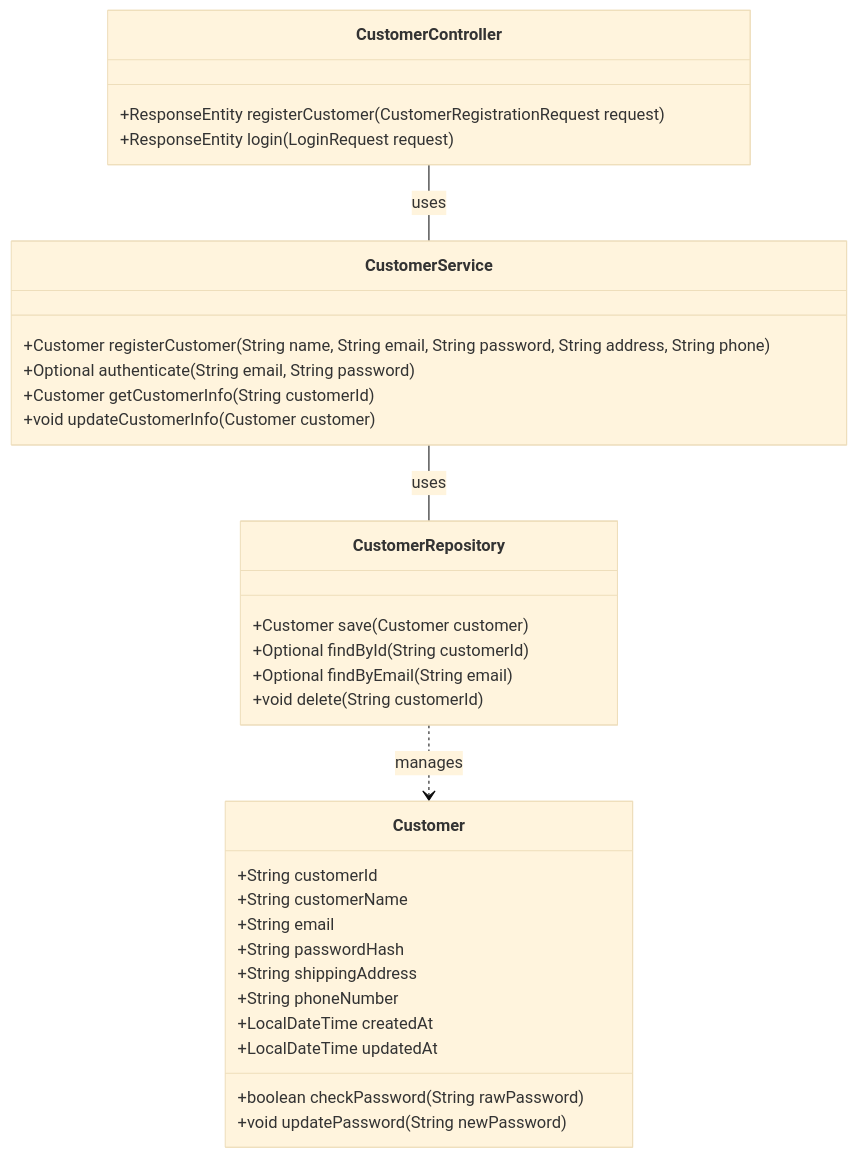
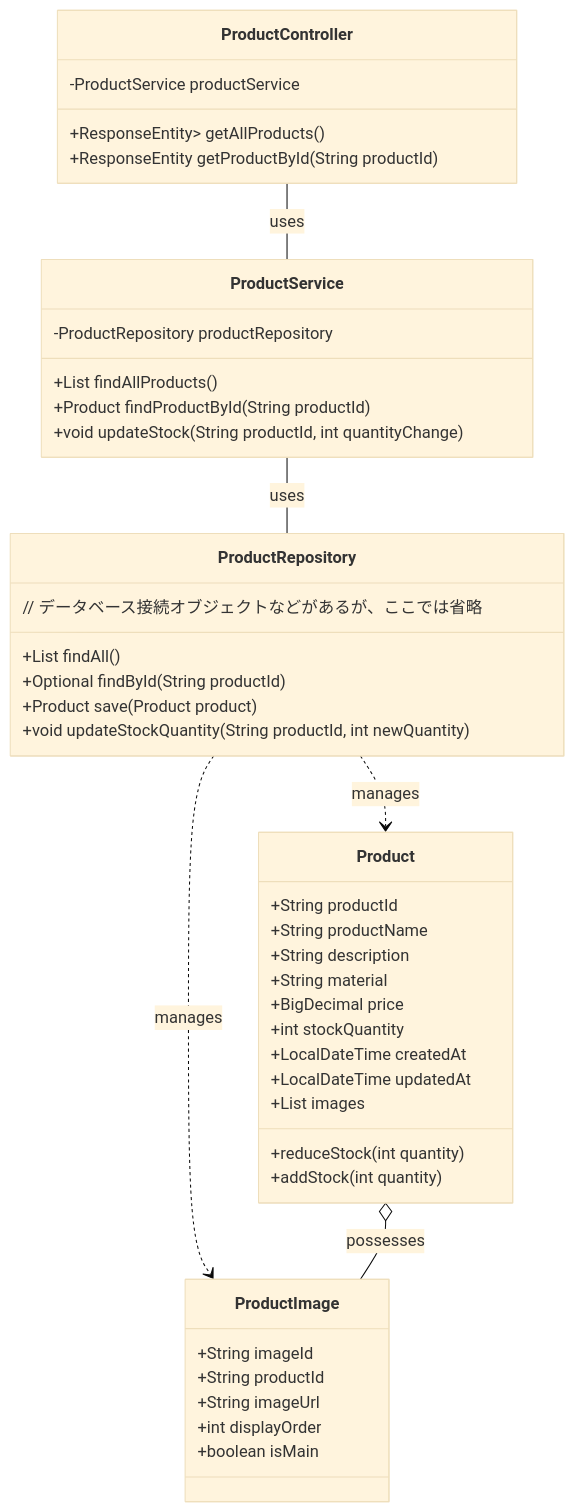
One commit to ainaga09/ACE changed the first of 4 diagrams in 基本設計/はじめに.md. Above: the diagram before and after it, drawn with Mermaid (base theme). The commit also changed other lines of this file, not shown here.

Commit message:
依存フィールド追加

```diff
--- a/基本設計/はじめに.md
+++ b/基本設計/はじめに.md
@@ -35,35 +35,48 @@
 <div class="mermaid">
 classDiagram
-    CustomerController -- CustomerService : uses
-    CustomerService -- CustomerRepository : uses
-    CustomerRepository ..> Customer : manages
+    ProductController -- ProductService : uses
+    ProductService -- ProductRepository : uses
+    ProductRepository ..> Product : manages
+    ProductRepository ..> ProductImage : manages
 
-    class CustomerController {
-        +ResponseEntity<CustomerRegistrationResponse> registerCustomer(CustomerRegistrationRequest request)
-        +ResponseEntity<LoginResponse> login(LoginRequest request)
+    Product o-- ProductImage : possesses
+
+    class ProductController {
+        -ProductService productService
+        +ResponseEntity<List<Product>> getAllProducts()
+        +ResponseEntity<Product> getProductById(String productId)
     }
-    class CustomerService {
-        +Customer registerCustomer(String name, String email, String password, String address, String phone)
-        +Optional<Customer> authenticate(String email, String password)
-        +Customer getCustomerInfo(String customerId)
-        +void updateCustomerInfo(Customer customer)
+    class ProductService {
+        -ProductRepository productRepository
+        +List<Product> findAllProducts()
+        +Product findProductById(String productId)
+        +void updateStock(String productId, int quantityChange)
     }
-    class CustomerRepository {
-        +Customer save(Customer customer)
-        +Optional<Customer> findById(String customerId)
-        +Optional<Customer> findByEmail(String email)
-        +void delete(String customerId)
+    class ProductRepository {
+        // データベース接続オブジェクトなどがあるが、ここでは省略
+        +List<Product> findAll()
+        +Optional<Product> findById(String productId)
+        +Product save(Product product)
+        +void updateStockQuantity(String productId, int newQuantity)
     }
-    class Customer {
-        +String customerId
-        +String customerName
-        +String email
-        +String passwordHash
-        +String shippingAddress
-        +String phoneNumber
+    class Product {
+        +String productId
+        +String productName
+        +String description
+        +String material
+        +BigDecimal price
+        +int stockQuantity
         +LocalDateTime createdAt
         +LocalDateTime updatedAt
-        +boolean checkPassword(String rawPassword)
-        +void updatePassword(String newPassword)
+        +List<ProductImage> images
+        +reduceStock(int quantity)
+        +addStock(int quantity)
+    }
+    class ProductImage {
+        +String imageId
+        +String productId
+        +String imageUrl
+        +int displayOrder
+        +boolean isMain
     }
 </div>
```
